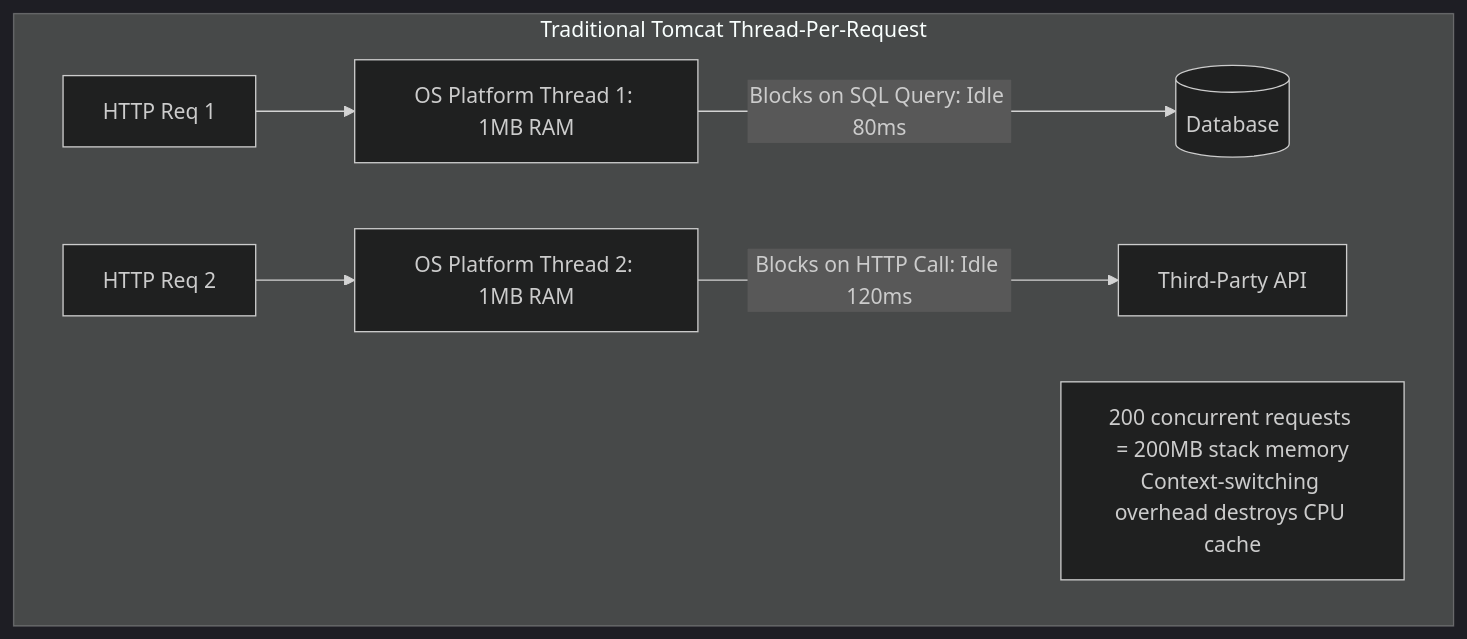
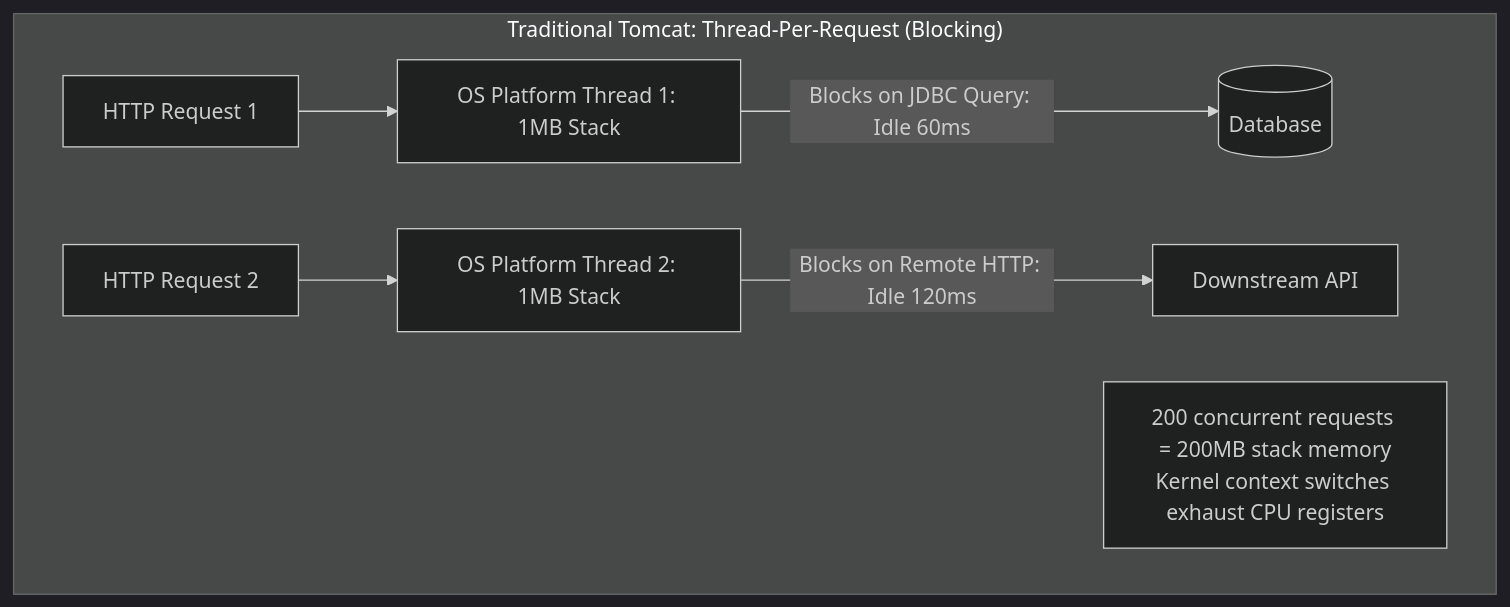
Before and after one commit to weaponxwolf/backend-engineering-mastry: the first of 6 diagrams in docs/java/reactive-vs-virtual-threads.mdx, drawn with Mermaid (dark theme). The commit also changed other lines of this file and 16 other files, not shown here.

````diff
--- a/docs/java/reactive-vs-virtual-threads.mdx
+++ b/docs/java/reactive-vs-virtual-threads.mdx
@@ -14,10 +14,10 @@
 ```mermaid
 flowchart TD
-    subgraph Traditional Tomcat Thread-Per-Request
-        R1[HTTP Req 1] --> T1[OS Platform Thread 1: 1MB RAM]
-        R2[HTTP Req 2] --> T2[OS Platform Thread 2: 1MB RAM]
-        T1 -->|Blocks on SQL Query: Idle 80ms| DB[(Database)]
-        T2 -->|Blocks on HTTP Call: Idle 120ms| API[Third-Party API]
-        Note1["200 concurrent requests = 200MB stack memory<br/>Context-switching overhead destroys CPU cache"]
+    subgraph TraditionalTomcat["Traditional Tomcat: Thread-Per-Request (Blocking)"]
+        R1[HTTP Request 1] --> T1[OS Platform Thread 1: 1MB Stack]
+        R2[HTTP Request 2] --> T2[OS Platform Thread 2: 1MB Stack]
+        T1 -->|Blocks on JDBC Query: Idle 60ms| DB[(Database)]
+        T2 -->|Blocks on Remote HTTP: Idle 120ms| API[Downstream API]
+        Note1["200 concurrent requests = 200MB stack memory<br/>Kernel context switches exhaust CPU registers"]
     end
 ```
````
